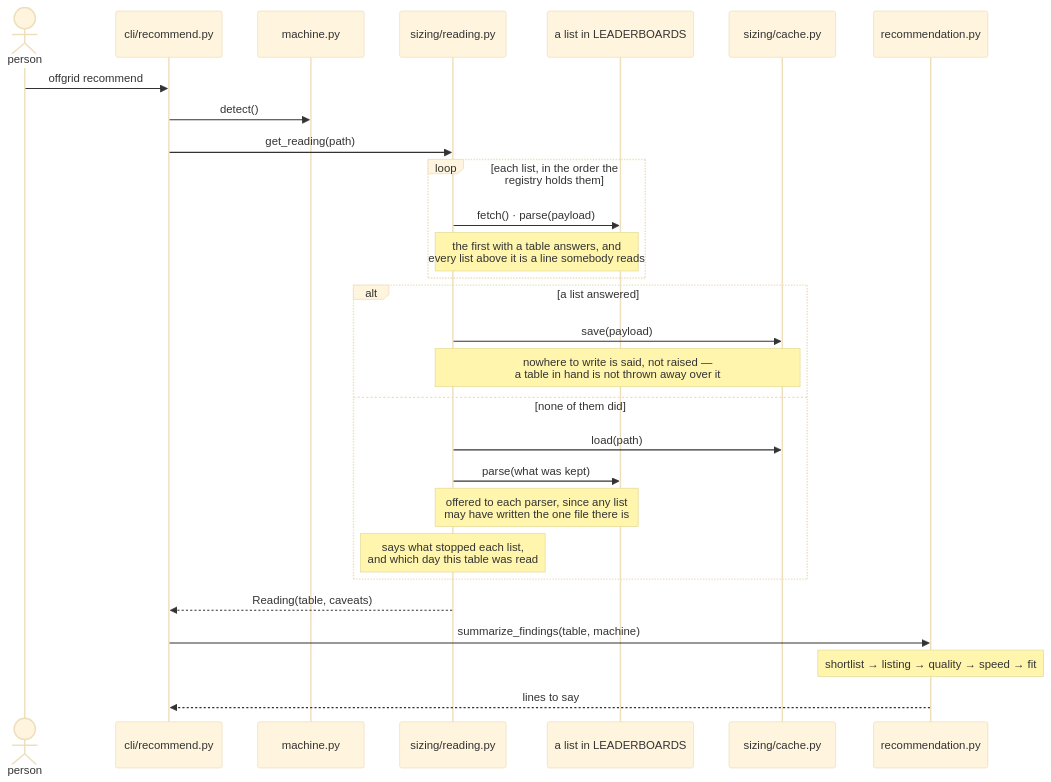
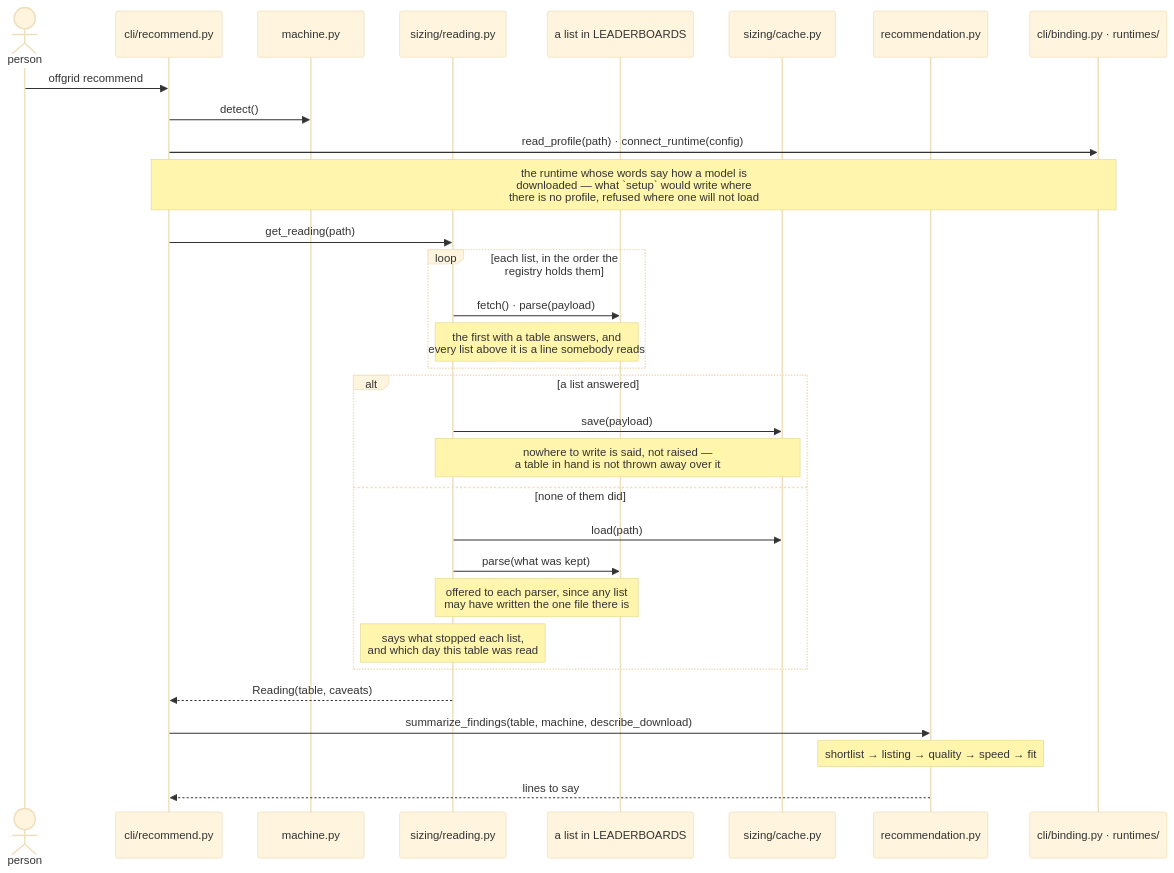
The third of 3 diagrams in docs/architecture.md (pvardanis/offgrid), drawn with Mermaid (base theme) before and after one commit. The commit also changed other lines of this file and 6 other files, not shown here.

First line of the commit message:
fix(binding): let an adapter say where its own lines break

````diff
--- a/docs/architecture.md
+++ b/docs/architecture.md
@@ -365,31 +365,34 @@
 ```mermaid
 sequenceDiagram
     actor P as person
     participant C as cli/recommend.py
     participant M as machine.py
     participant G as sizing/reading.py
     participant O as a list in LEADERBOARDS
     participant K as sizing/cache.py
     participant S as recommendation.py
+    participant B as cli/binding.py · runtimes/
 
     P->>C: offgrid recommend
     C->>M: detect()
+    C->>B: read_profile(path) · connect_runtime(config)
+    Note over C,B: the runtime whose words say how a model is<br/>downloaded — what `setup` would write where<br/>there is no profile, refused where one will not load
     C->>G: get_reading(path)
     loop each list, in the order the registry holds them
         G->>O: fetch() · parse(payload)
         Note over G,O: the first with a table answers, and<br/>every list above it is a line somebody reads
     end
     alt a list answered
         G->>K: save(payload)
         Note over G,K: nowhere to write is said, not raised —<br/>a table in hand is not thrown away over it
     else none of them did
         G->>K: load(path)
         G->>O: parse(what was kept)
         Note over G,O: offered to each parser, since any list<br/>may have written the one file there is
         Note over G: says what stopped each list,<br/>and which day this table was read
     end
     G-->>C: Reading(table, caveats)
-    C->>S: summarize_findings(table, machine)
+    C->>S: summarize_findings(table, machine, describe_download)
     Note over S: shortlist → listing → quality → speed → fit
     S-->>C: lines to say
 ```
````
